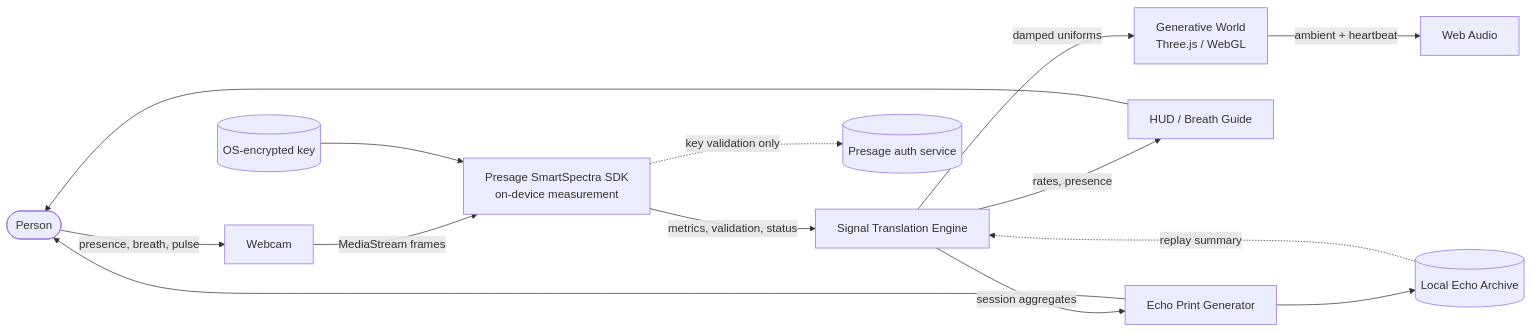
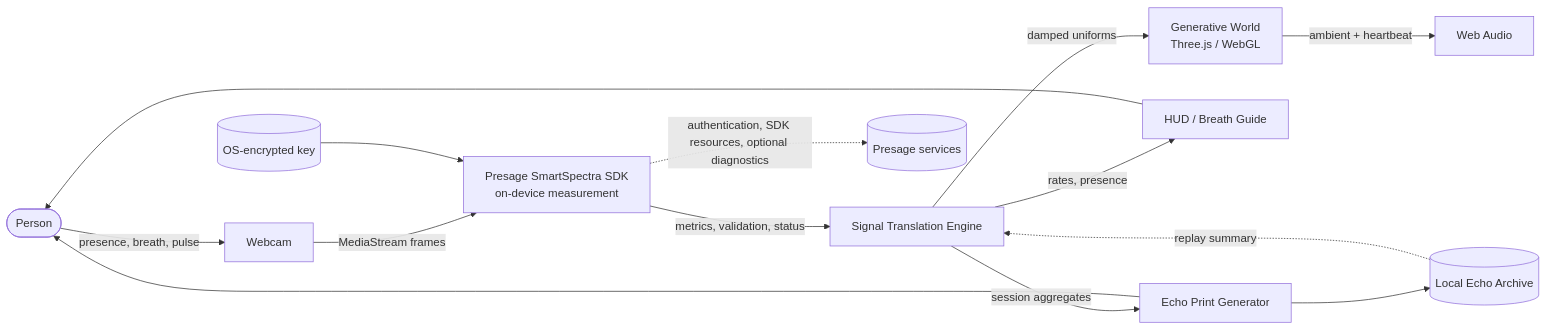
Before and after one commit to Senthil455/EchoForm: the first of 9 diagrams in docs/ARCHITECTURE.md, drawn with Mermaid. The commit also changed other lines of this file and 8 other files, not shown here.

Commit message:
docs: update documentation to clarify SDK authentication, resource retrieval, and optional diagnostics

````diff
--- a/docs/ARCHITECTURE.md
+++ b/docs/ARCHITECTURE.md
@@ -9,17 +9,17 @@
 ```mermaid
 flowchart LR
     User([Person]) -->|presence, breath, pulse| Camera[Webcam]
     Camera -->|MediaStream frames| SDK[Presage SmartSpectra SDK<br/>on-device measurement]
     SDK -->|metrics, validation, status| Engine[Signal Translation Engine]
     Engine -->|damped uniforms| World[Generative World<br/>Three.js / WebGL]
     Engine -->|rates, presence| UI[HUD / Breath Guide]
     Engine -->|session aggregates| Art[Echo Print Generator]
     World -->|ambient + heartbeat| Audio[Web Audio]
     UI --> User
     Art --> User
     Art --> Store[(Local Echo Archive)]
     Key[(OS-encrypted key)] --> SDK
 
-    SDK -.->|key validation only| Presage[(Presage auth service)]
+    SDK -.->|authentication, SDK resources, optional diagnostics| Presage[(Presage services)]
     Store -.->|replay summary| Engine
 ```
````
